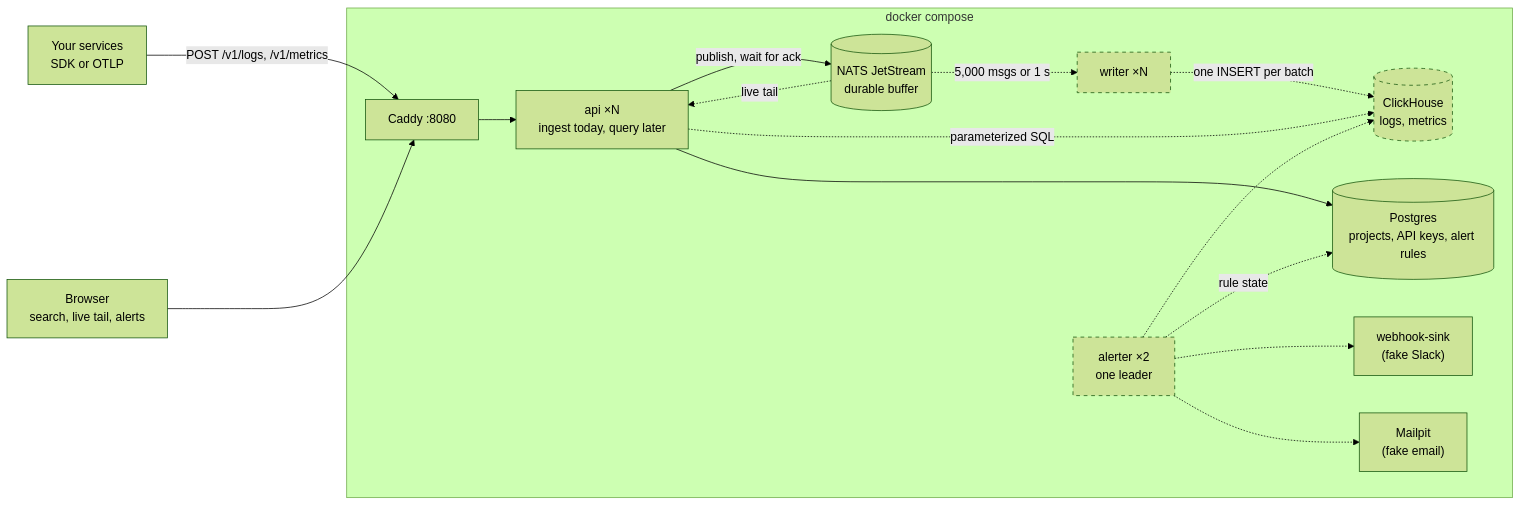
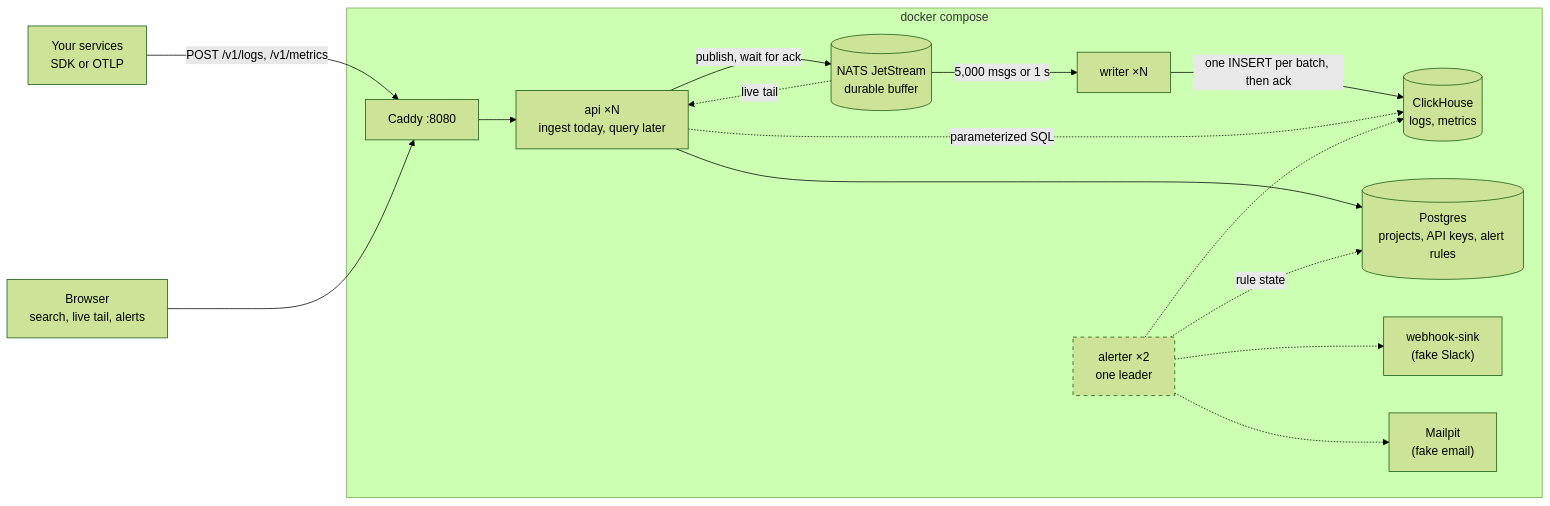
Before and after one commit to gonzalo-gigena/observability: the diagram in README.md, drawn with Mermaid (forest theme). The commit also changed other lines of this file, not shown here.

Commit message:
README: phase 2 storage, dedup decision, writer throughput

````diff
--- a/README.md
+++ b/README.md
@@ -131,31 +159,31 @@
 ```mermaid
 flowchart LR
   services["Your services<br/>SDK or OTLP"]
   browser["Browser<br/>search, live tail, alerts"]
   subgraph stack["docker compose"]
     caddy["Caddy :8080"]
     nats[("NATS JetStream<br/>durable buffer")]
     writer["writer ×N"]
     ch[("ClickHouse<br/>logs, metrics")]
     api["api ×N<br/>ingest today, query later"]
     alerter["alerter ×2<br/>one leader"]
     db[("Postgres<br/>projects, API keys, alert rules")]
     sink["webhook-sink<br/>(fake Slack)"]
     mail["Mailpit<br/>(fake email)"]
   end
   services -->|"POST /v1/logs, /v1/metrics"| caddy
   browser --> caddy
   caddy --> api
   api -->|"publish, wait for ack"| nats
-  nats -.->|"5,000 msgs or 1 s"| writer
-  writer -.->|"one INSERT per batch"| ch
+  nats -->|"5,000 msgs or 1 s"| writer
+  writer -->|"one INSERT per batch, then ack"| ch
   api -.->|"parameterized SQL"| ch
   nats -.->|"live tail"| api
   api --> db
   alerter -.-> ch
   alerter -.->|"rule state"| db
   alerter -.-> sink
   alerter -.-> mail
-  class writer,ch,alerter planned
+  class alerter planned
   classDef planned stroke-dasharray: 5 5
 ```
````
